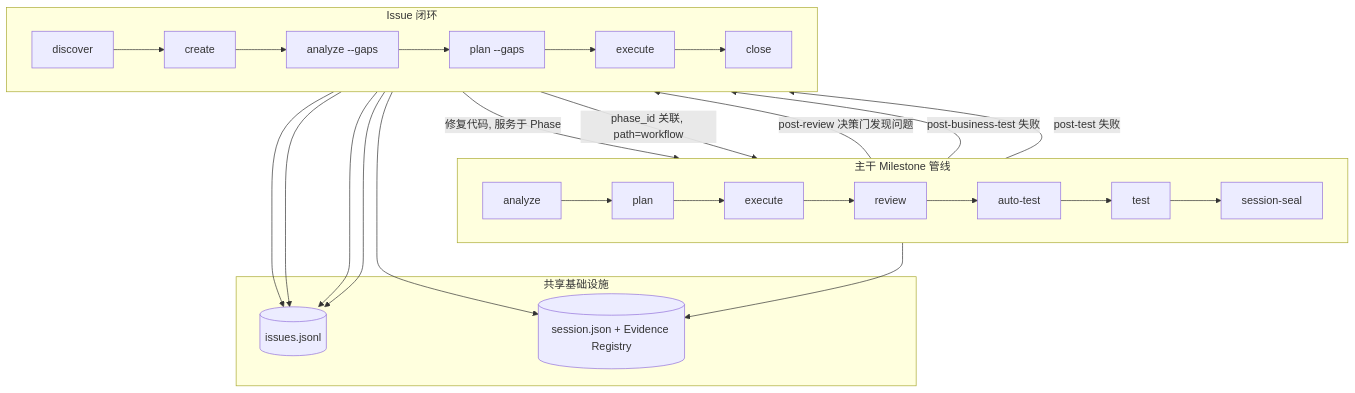
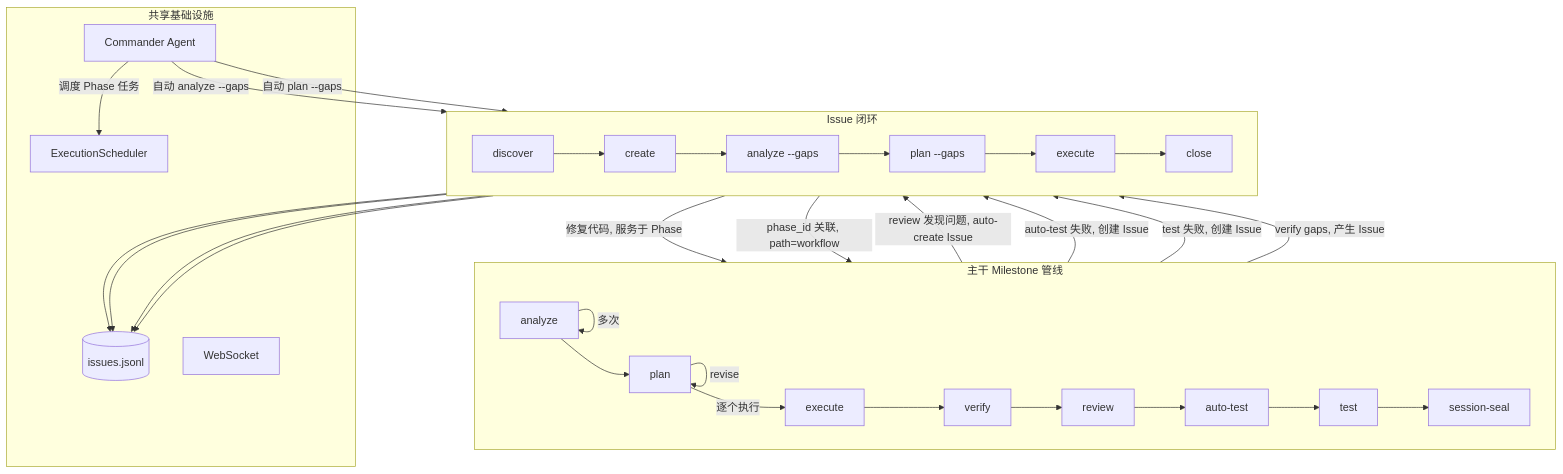
Before and after one commit to KatouRyuuji/maestro-flow: the second of 2 diagrams in docs-site/src/content/docs/guides/command-usage-guide.md, drawn with Mermaid. The commit also changed other lines of this file and 618 other files, not shown here.

````diff
--- a/docs-site/src/content/docs/guides/command-usage-guide.md
+++ b/docs-site/src/content/docs/guides/command-usage-guide.md
@@ -119,33 +115,39 @@
 ```mermaid
 graph TB
     subgraph phase_pipeline["主干 Milestone 管线"]
         direction LR
-        AN["analyze"] --> PL["plan"] --> EX["execute"] --> RV["review"]
-        RV --> QBT["auto-test"] --> TT["test"] --> MA["session-seal"]
+        AN["analyze"] -->|"多次"| AN
+        AN --> PL["plan"] -->|"revise"| PL -->|"逐个执行"| EX["execute"] --> VF["verify"]
+        VF --> QR["review"] --> QBT["auto-test"] --> QT["test"] --> MA["session-seal"]
     end
 
     subgraph issue_loop["Issue 闭环"]
         direction LR
         ID["discover"] --> IC["create"] --> IA["analyze --gaps"]
         IA --> IP["plan --gaps"] --> IE["execute"] --> ICL["close"]
     end
 
     subgraph shared["共享基础设施"]
         JSONL[("issues.jsonl")]
-        SESS[("session.json + Evidence Registry")]
+        CMD["Commander Agent"]
+        SCHED["ExecutionScheduler"]
+        WS["WebSocket"]
     end
 
-    RV -->|"post-review 决策门发现问题"| IC
-    QBT -->|"post-business-test 失败"| IC
-    TT -->|"post-test 失败"| IC
+    QR -->|"review 发现问题, auto-create Issue"| IC
+    QBT -->|"auto-test 失败, 创建 Issue"| IC
+    QT -->|"test 失败, 创建 Issue"| IC
+    VF -->|"verify gaps, 产生 Issue"| IC
 
     IC -->|"phase_id 关联, path=workflow"| phase_pipeline
     IE -->|"修复代码, 服务于 Phase"| EX
+
+    CMD -->|"调度 Phase 任务"| SCHED
+    CMD -->|"自动 analyze --gaps"| IA
+    CMD -->|"自动 plan --gaps"| IP
 
     IC --> JSONL
     IA --> JSONL
     IP --> JSONL
     IE --> JSONL
-    phase_pipeline --> SESS
-    issue_loop --> SESS
 ```
````
